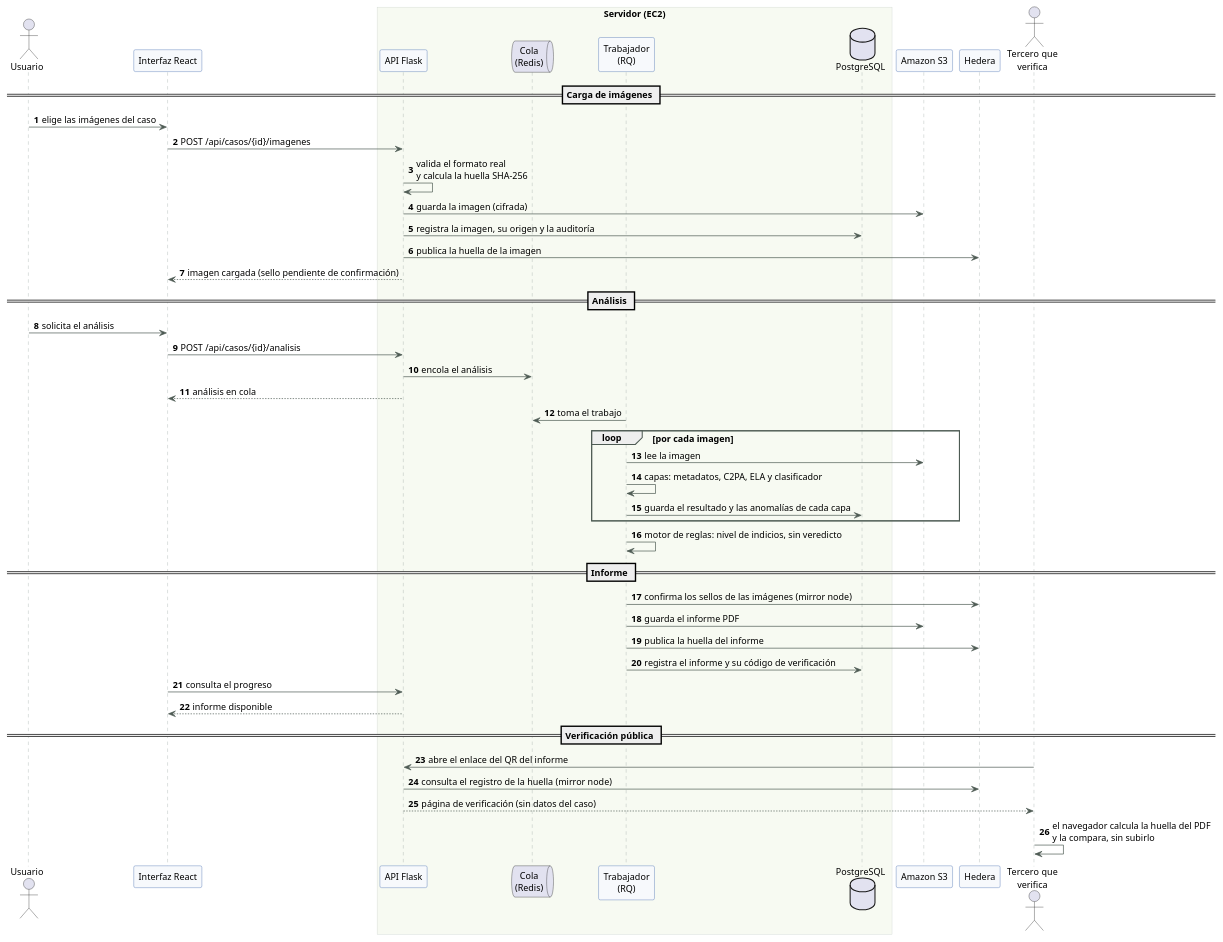
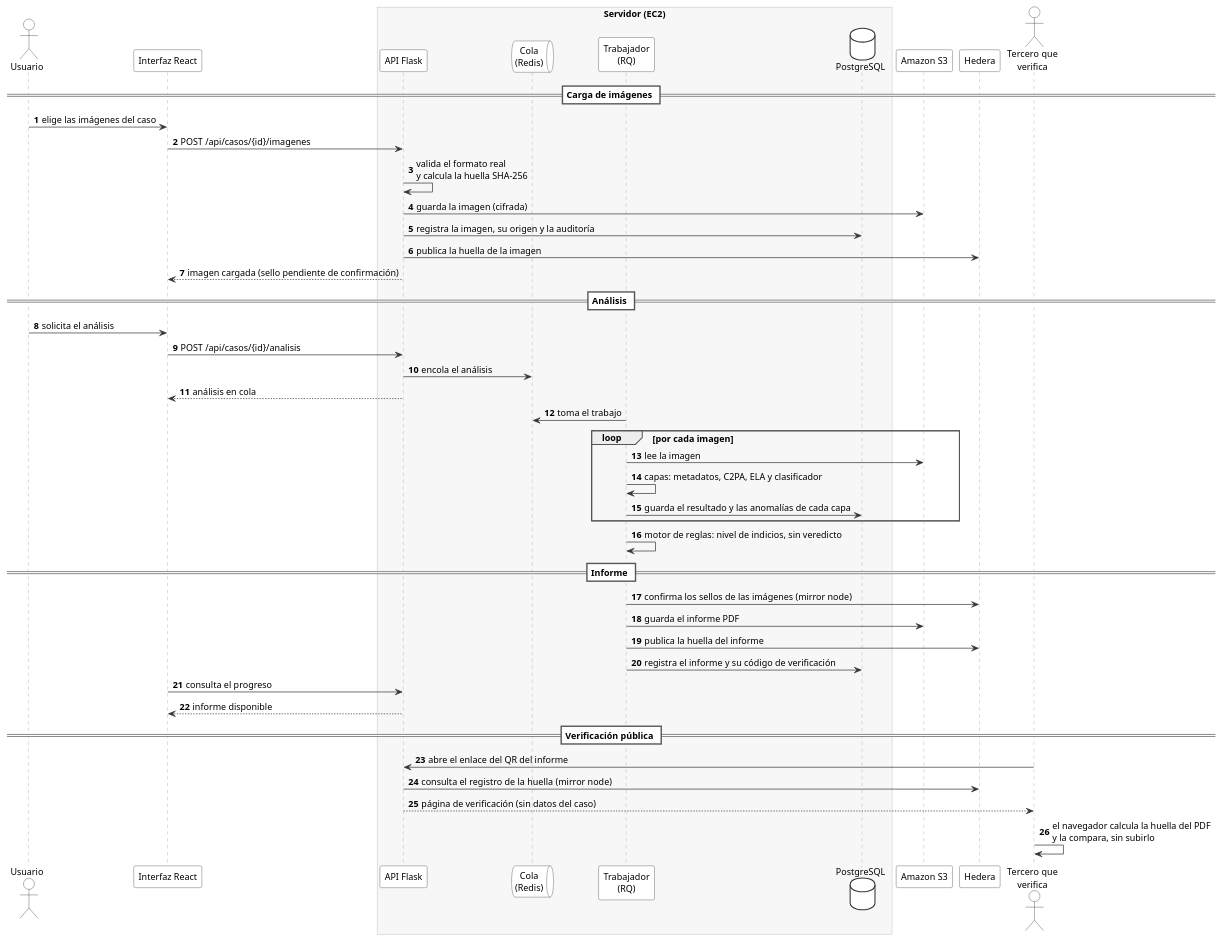
The diagram in docs/arquitectura/diagramas/05-secuencia-de-un-caso.puml (valentinasalmon/PFG-sistema-deteccion-IA), drawn with PlantUML before and after one commit. The commit also changed 32 other files, not shown here.

First line of the commit message:
estilo(diagramas): diagramas ordenados con aspecto de hechos a mano

```diff
--- a/docs/arquitectura/diagramas/05-secuencia-de-un-caso.puml
+++ b/docs/arquitectura/diagramas/05-secuencia-de-un-caso.puml
@@ -1,63 +1,85 @@
 @startuml secuencia-de-un-caso
 ' Diagrama de secuencia (UML 2.5) del flujo principal, según el código:
 ' carga (servicio_imagenes), análisis (servicio_analisis), informe (servicio_informes),
 ' sellos (servicio_sellos) y verificación pública (rutas/verificacion.py).
 skinparam defaultFontName Arial
 skinparam defaultFontSize 13
 skinparam shadowing false
-skinparam ArrowColor #4E5B54
-skinparam sequenceParticipantBorderColor #2F5DA8
-skinparam sequenceParticipantBackgroundColor #F7F9FC
-skinparam sequenceLifeLineBorderColor #9AA5A0
-skinparam sequenceGroupBorderColor #4E5B54
-skinparam sequenceBoxBorderColor #C9D1CD
+skinparam ArrowColor #333333
+skinparam sequence {
+  ParticipantBorderColor #333333
+  ParticipantBackgroundColor #FFFFFF
+  ActorBorderColor #222222
+  ActorBackgroundColor #FFFFFF
+  QueueBorderColor #333333
+  QueueBackgroundColor #FFFFFF
+  DatabaseBorderColor #333333
+  DatabaseBackgroundColor #FFFFFF
+  LifeLineBorderColor #999999
+  GroupBorderColor #555555
+  BoxBorderColor #AAAAAA
+  DividerBackgroundColor #FFFFFF
+  DividerBorderColor #555555
+}
+skinparam database {
+  BorderColor #333333
+  BackgroundColor #FFFFFF
+}
+skinparam queue {
+  BorderColor #333333
+  BackgroundColor #FFFFFF
+}
+skinparam actor {
+  BorderColor #222222
+  BackgroundColor #FFFFFF
+}
 autonumber
 
 actor "Usuario" as usuario
 participant "Interfaz React" as spa
-box "Servidor (EC2)" #F7FAF2
+box "Servidor (EC2)" #F7F7F7
 participant "API Flask" as api
 queue "Cola\n(Redis)" as cola
 participant "Trabajador\n(RQ)" as trab
 database "PostgreSQL" as pg
 end box
 participant "Amazon S3" as s3
 participant "Hedera" as hedera
 actor "Tercero que\nverifica" as tercero
 
 == Carga de imágenes ==
 usuario -> spa : elige las imágenes del caso
 spa -> api : POST /api/casos/{id}/imagenes
 api -> api : valida el formato real\ny calcula la huella SHA-256
 api -> s3 : guarda la imagen (cifrada)
 api -> pg : registra la imagen, su origen y la auditoría
 api -> hedera : publica la huella de la imagen
 api --> spa : imagen cargada (sello pendiente de confirmación)
 
 == Análisis ==
 usuario -> spa : solicita el análisis
 spa -> api : POST /api/casos/{id}/analisis
 api -> cola : encola el análisis
 api --> spa : análisis en cola
 trab -> cola : toma el trabajo
 loop por cada imagen
   trab -> s3 : lee la imagen
   trab -> trab : capas: metadatos, C2PA, ELA y clasificador
   trab -> pg : guarda el resultado y las anomalías de cada capa
 end
 trab -> trab : motor de reglas: nivel de indicios, sin veredicto
 
 == Informe ==
 trab -> hedera : confirma los sellos de las imágenes (mirror node)
 trab -> s3 : guarda el informe PDF
 trab -> hedera : publica la huella del informe
 trab -> pg : registra el informe y su código de verificación
 spa -> api : consulta el progreso
 api --> spa : informe disponible
 
 == Verificación pública ==
 tercero -> api : abre el enlace del QR del informe
 api -> hedera : consulta el registro de la huella (mirror node)
 api --> tercero : página de verificación (sin datos del caso)
 tercero -> tercero : el navegador calcula la huella del PDF\ny la compara, sin subirlo
 @enduml
```
